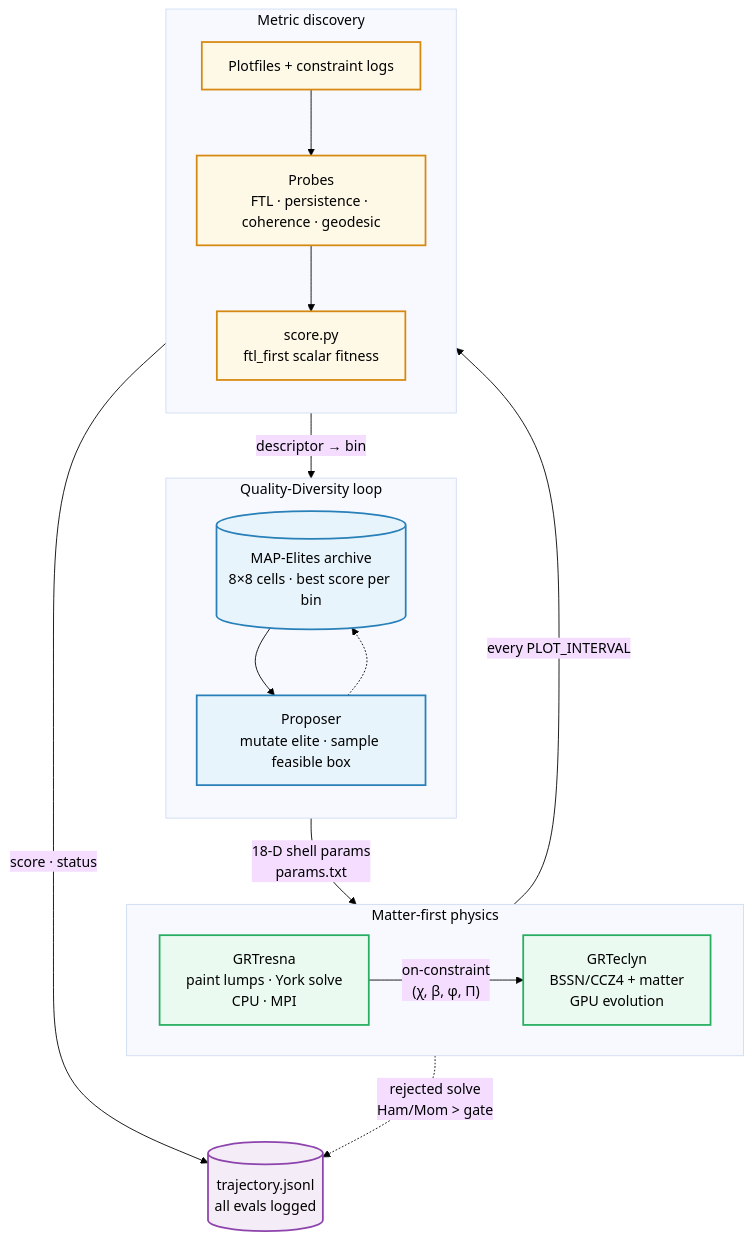
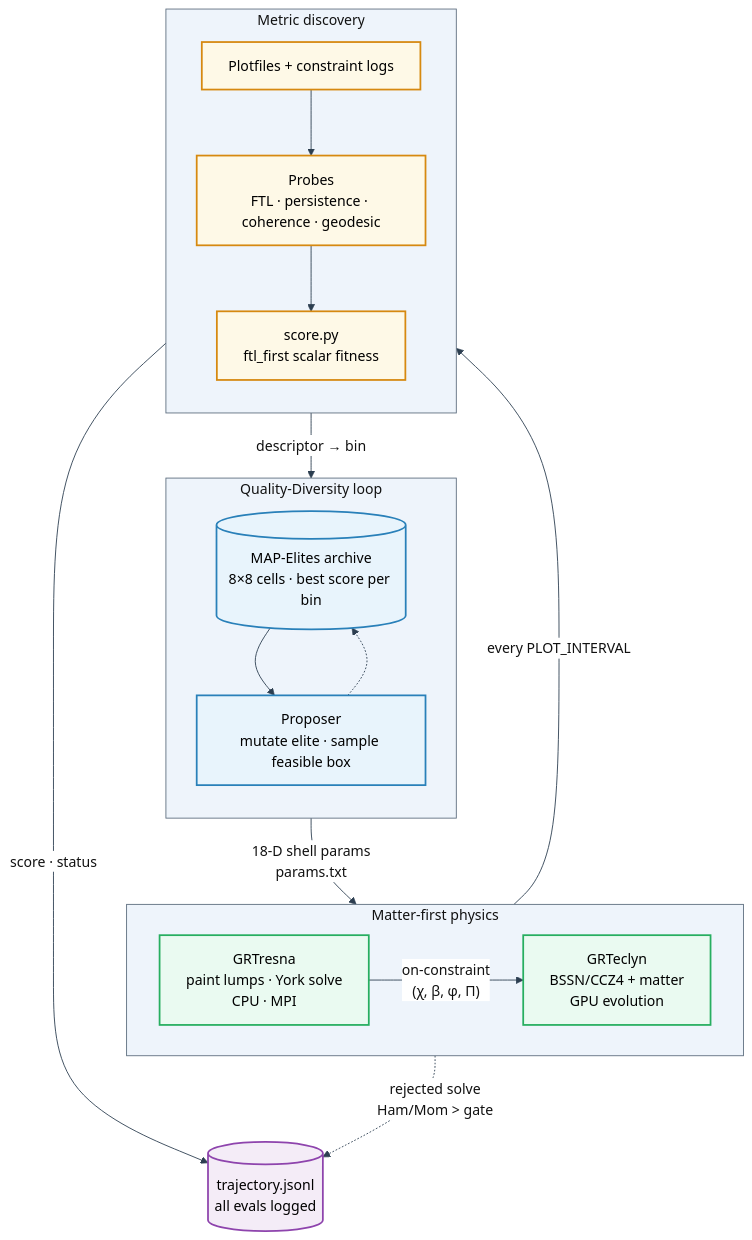
The first of 2 diagrams in research/neuralspacetime/MapElites.md (Nikchik-coder/GRTeclyn), drawn with Mermaid before and after one commit. The commit also changed other lines of this file, not shown here.

Commit message:
docs(MapElites): use light Mermaid theme for readable arrows
Force white diagram backgrounds and dark arrow colors so flowcharts stay legible in dark markdown previews.

````diff
--- a/research/neuralspacetime/MapElites.md
+++ b/research/neuralspacetime/MapElites.md
@@ -64,44 +64,44 @@
 ```mermaid
-%%{init: {'theme':'base', 'themeVariables': {'primaryTextColor':'#000','secondaryTextColor':'#000','tertiaryTextColor':'#000','lineColor':'#000','actorTextColor':'#000','signalTextColor':'#000','noteTextColor':'#000','labelTextColor':'#000'}}}%%
+%%{init: {'theme':'base', 'themeVariables': {'darkMode':false,'background':'#ffffff','mainBkg':'#ffffff','secondBkg':'#f8f9fa','tertiaryBkg':'#ffffff','clusterBkg':'#eef4fb','clusterBorder':'#5d6d7e','lineColor':'#2c3e50','arrowheadColor':'#2c3e50','primaryTextColor':'#111111','secondaryTextColor':'#111111','tertiaryTextColor':'#111111','primaryColor':'#e8f4fc','primaryBorderColor':'#2980b9','secondaryColor':'#eafaf1','secondaryBorderColor':'#27ae60','tertiaryColor':'#fef9e7','tertiaryBorderColor':'#d68910','edgeLabelBackground':'#ffffff','edgeLabelTextColor':'#111111','titleColor':'#111111','nodeBorder':'#5d6d7e'}}}%%
 flowchart TB
     subgraph SEARCH["Quality-Diversity loop"]
         direction TB
         ARCHIVE[("MAP-Elites archive<br/>8×8 cells · best score per bin")]
         PROPOSE["Proposer<br/>mutate elite · sample feasible box"]
         ARCHIVE --> PROPOSE
     end
 
     subgraph PHYSICS["Matter-first physics"]
         direction LR
         GRTRESNA["GRTresna<br/>paint lumps · York solve<br/>CPU · MPI"]
         GRTECLYN["GRTeclyn<br/>BSSN/CCZ4 + matter<br/>GPU evolution"]
         GRTRESNA -->|"on-constraint<br/>(χ, β, φ, Π)"| GRTECLYN
     end
 
     subgraph DISCOVERY["Metric discovery"]
         direction TB
         PLOTS["Plotfiles + constraint logs"]
         PROBES["Probes<br/>FTL · persistence · coherence · geodesic"]
         FITNESS["score.py<br/>ftl_first scalar fitness"]
         PLOTS --> PROBES --> FITNESS
     end
 
     LOG[("trajectory.jsonl<br/>all evals logged")]
 
     PROPOSE -->|"18-D shell params<br/>params.txt"| GRTRESNA
     GRTRESNA -.->|"rejected solve<br/>Ham/Mom > gate"| LOG
     GRTECLYN -->|"every PLOT_INTERVAL"| PLOTS
     FITNESS -->|"descriptor → bin"| ARCHIVE
     FITNESS -->|"score · status"| LOG
     PROPOSE -.-> ARCHIVE
 
     classDef search fill:#e8f4fc,stroke:#2980b9,stroke-width:2px,color:#000
     classDef physics fill:#eafaf1,stroke:#27ae60,stroke-width:2px,color:#000
     classDef metrics fill:#fef9e7,stroke:#d68910,stroke-width:2px,color:#000
     classDef store fill:#f4ecf7,stroke:#8e44ad,stroke-width:2px,color:#000
 
     class ARCHIVE,PROPOSE search
     class GRTRESNA,GRTECLYN physics
     class PLOTS,PROBES,FITNESS metrics
     class LOG store
 ```
````
